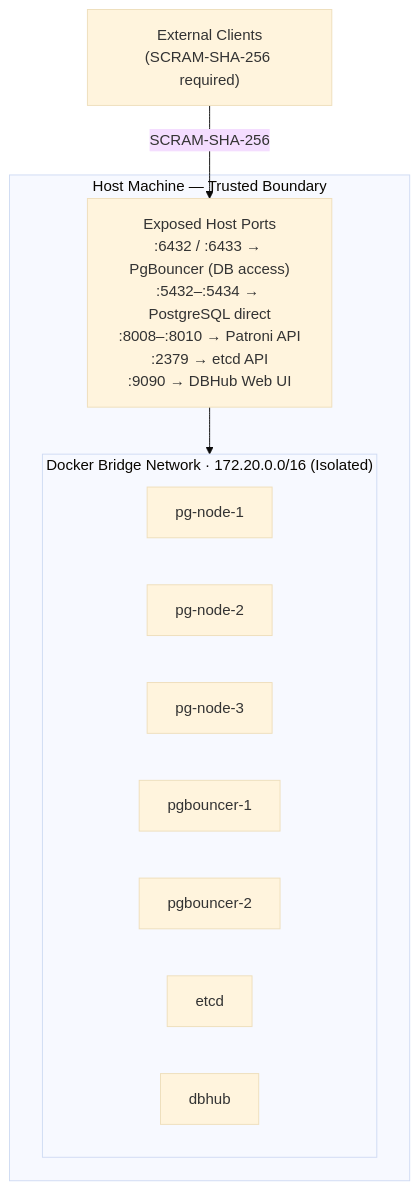
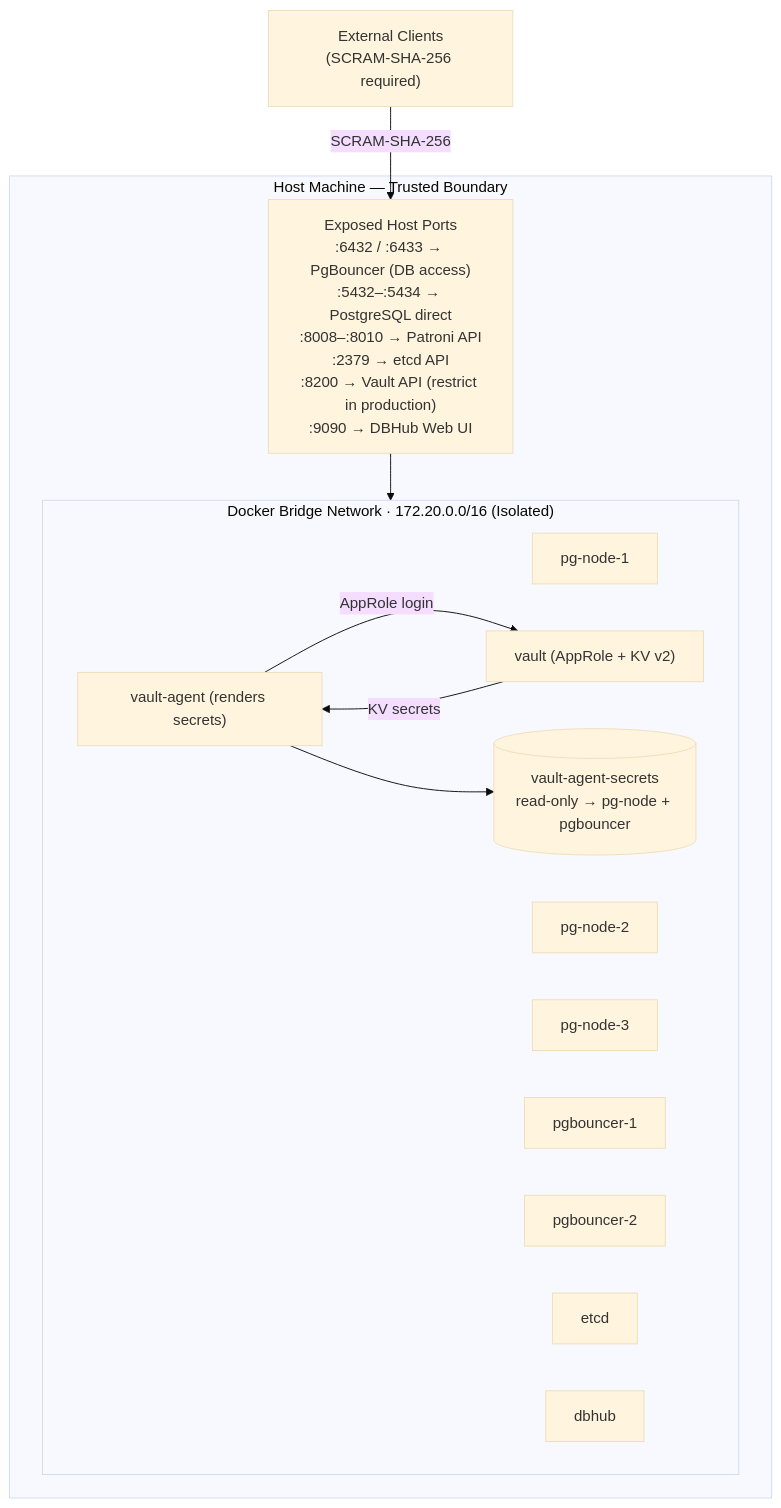
Diagram 16 of 16 in docs/architecture/ARCHITECTURE.md (venkatajangala/terraform-docker-container-postgres), drawn with Mermaid (base theme) before and after one commit. The commit also changed other lines of this file and 2 other files, not shown here.

````diff
--- a/docs/architecture/ARCHITECTURE.md
+++ b/docs/architecture/ARCHITECTURE.md
@@ -411,18 +494,24 @@
 ```mermaid
 graph TD
     EXT["External Clients<br/>(SCRAM-SHA-256 required)"]
 
     subgraph HOST["Host Machine — Trusted Boundary"]
-        PORTS["Exposed Host Ports<br/>:6432 / :6433 → PgBouncer (DB access)<br/>:5432–:5434 → PostgreSQL direct<br/>:8008–:8010 → Patroni API<br/>:2379 → etcd API<br/>:9090 → DBHub Web UI"]
+        PORTS["Exposed Host Ports<br/>:6432 / :6433 → PgBouncer (DB access)<br/>:5432–:5434 → PostgreSQL direct<br/>:8008–:8010 → Patroni API<br/>:2379 → etcd API<br/>:8200 → Vault API (restrict in production)<br/>:9090 → DBHub Web UI"]
 
         subgraph DOCKER["Docker Bridge Network · 172.20.0.0/16 (Isolated)"]
             PG1["pg-node-1"] & PG2["pg-node-2"] & PG3["pg-node-3"]
             PGB1["pgbouncer-1"] & PGB2["pgbouncer-2"]
             ETCD["etcd"]
+            VAULT["vault (AppRole + KV v2)"]
+            VAGENT["vault-agent (renders secrets)"]
+            SVOL[("vault-agent-secrets\nread-only → pg-node + pgbouncer")]
             DBHUB["dbhub"]
         end
     end
 
     EXT -->|"SCRAM-SHA-256"| PORTS
     PORTS --> DOCKER
+    VAGENT -->|"AppRole login"| VAULT
+    VAULT -->|"KV secrets"| VAGENT
+    VAGENT --> SVOL
 ```
````
